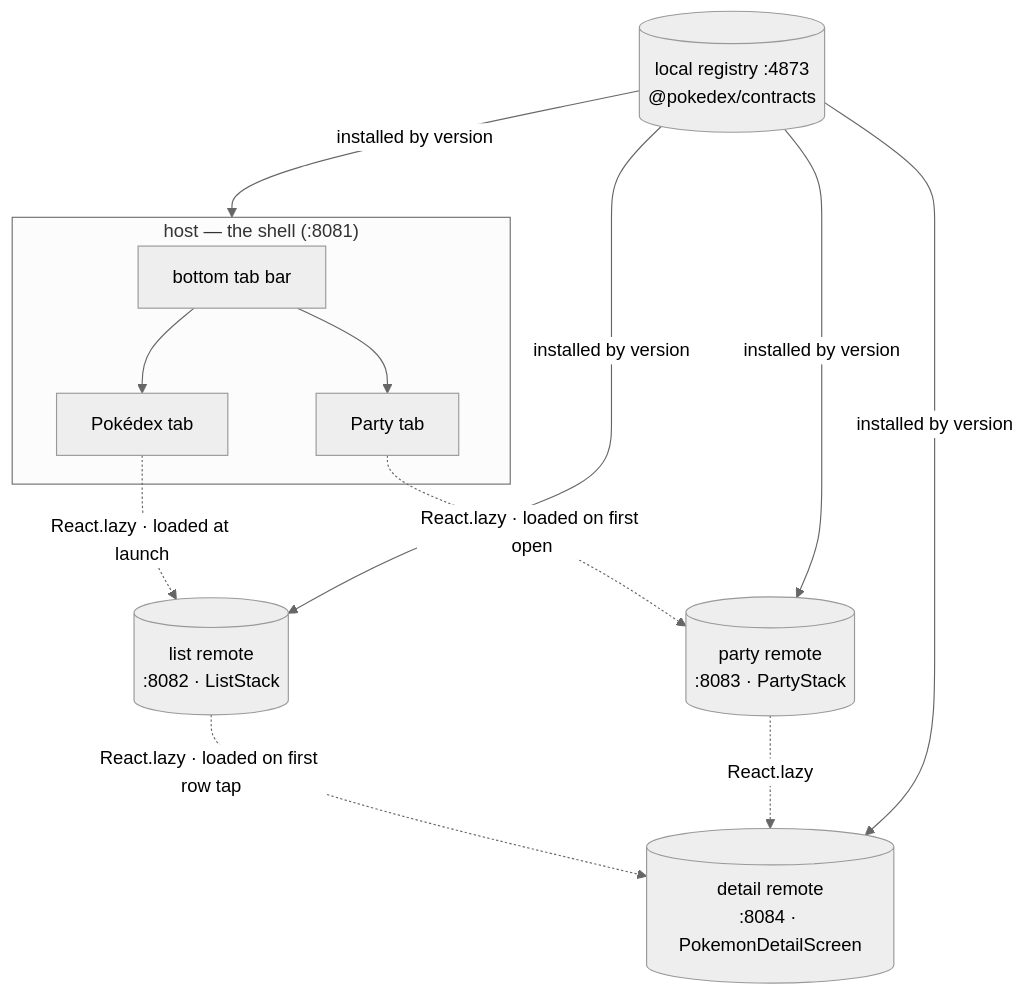
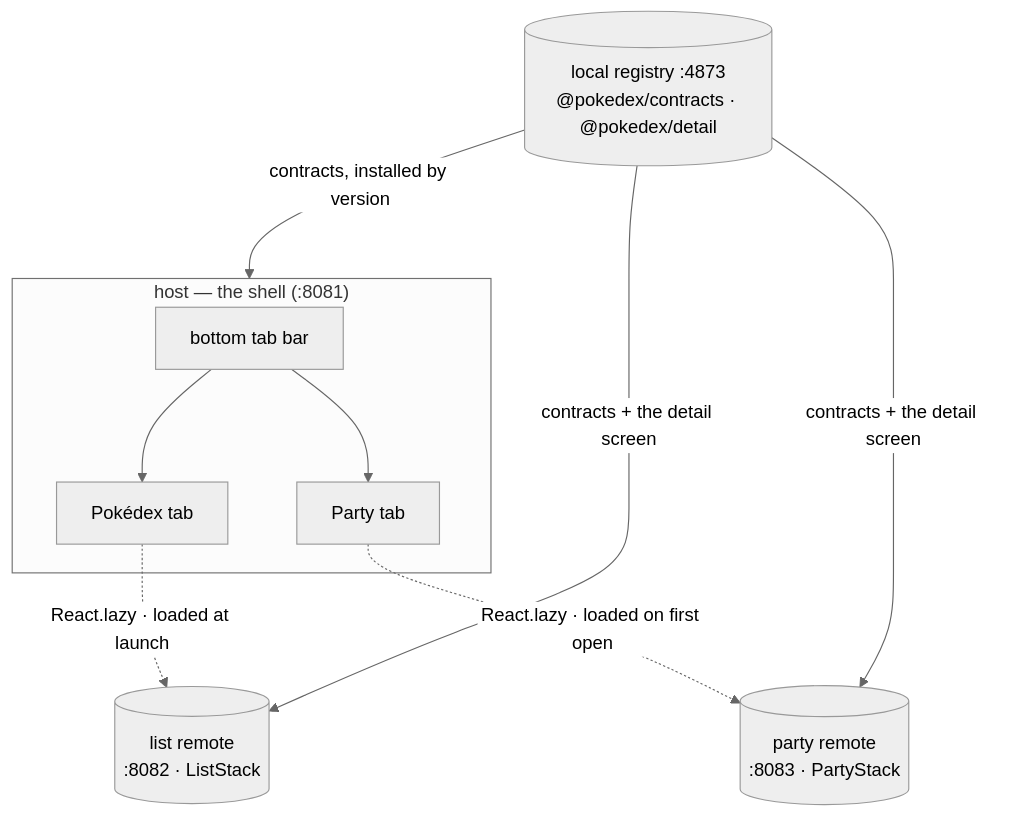
One commit to warrendeleon/react-native-module-federation changed the diagram in README.md. Above: the diagram before and after it, drawn with Mermaid (neutral theme). The commit also changed other lines of this file and 38 other files, not shown here.

First line of the commit message:
✨ feat: per-tab stacks, a shared detail-screen package, and a published contract

````diff
--- a/README.md
+++ b/README.md
@@ -83,22 +80,18 @@
 ```mermaid
 flowchart TD
-    registry[("local registry :4873<br/>@pokedex/contracts")]
+    registry[("local registry :4873<br/>@pokedex/contracts · @pokedex/detail")]
     subgraph host["host — the shell (:8081)"]
         tabs["bottom tab bar"]
         t1["Pokédex tab"]
         t2["Party tab"]
         tabs --> t1
         tabs --> t2
     end
     list[("list remote<br/>:8082 · ListStack")]
     party[("party remote<br/>:8083 · PartyStack")]
-    detail[("detail remote<br/>:8084 · PokemonDetailScreen")]
     t1 -.->|"React.lazy · loaded at launch"| list
     t2 -.->|"React.lazy · loaded on first open"| party
-    list -.->|"React.lazy · loaded on first row tap"| detail
-    party -.->|"React.lazy"| detail
-    registry -->|"installed by version"| host
-    registry -->|"installed by version"| list
-    registry -->|"installed by version"| party
-    registry -->|"installed by version"| detail
+    registry -->|"contracts, installed by version"| host
+    registry -->|"contracts + the detail screen"| list
+    registry -->|"contracts + the detail screen"| party
 ```
````
